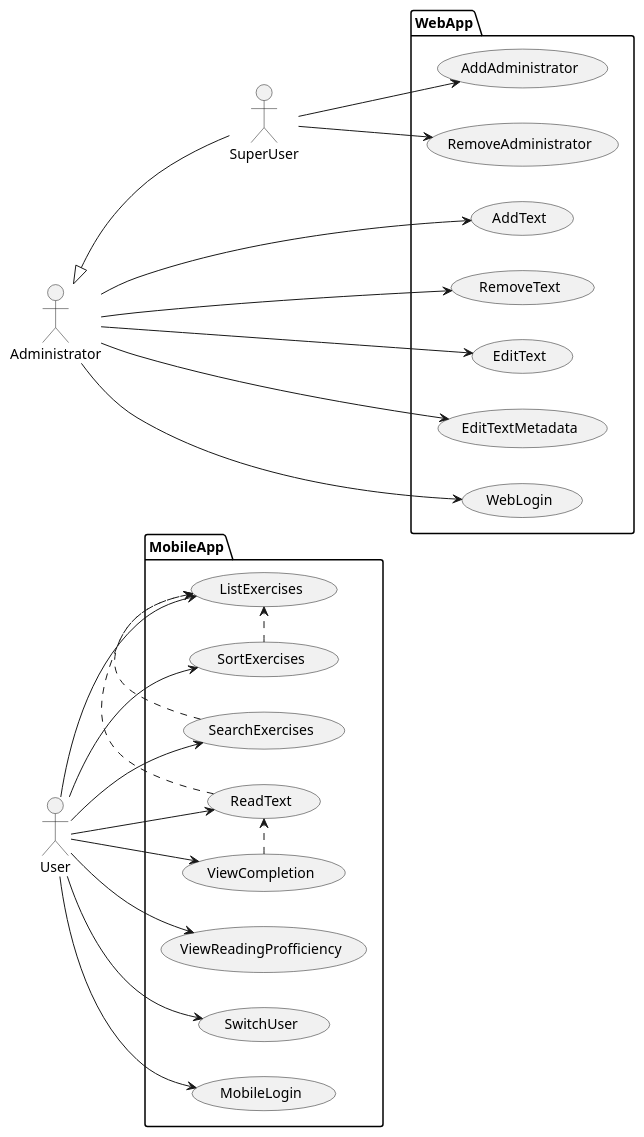
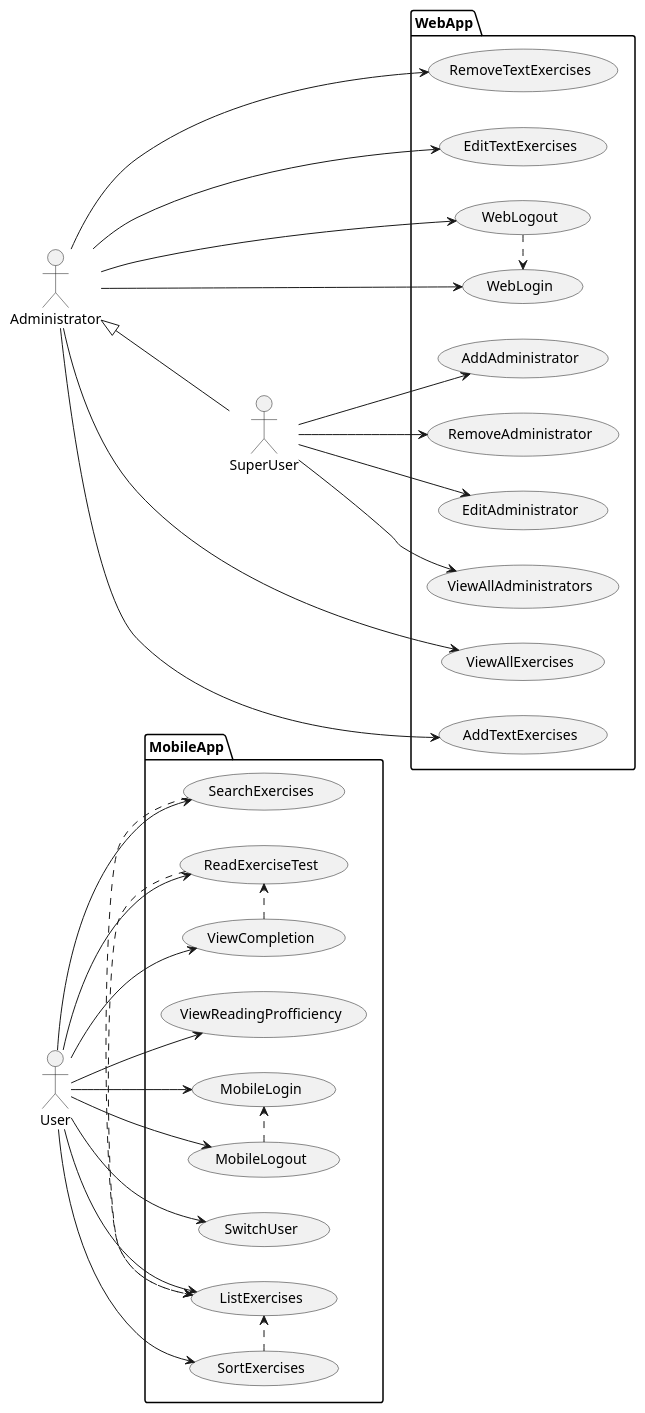
Before and after one commit to vvihorev/readingApp-junk: the diagram in usecases.plantuml, drawn with PlantUML. The commit also changed other lines of this file and 2 other files, not shown here.

```diff
--- a/usecases.plantuml
+++ b/usecases.plantuml
@@ -1,33 +1,40 @@
 left to right direction
 
 SuperUser as sudo
 Administrator as admin
 User as user
 
 package MobileApp {
     user -> (ListExercises)
     user -> (SortExercises)
     user -> (SearchExercises)
     (SearchExercises) .> (ListExercises)
     (SortExercises) .> (ListExercises)
-    (ReadText) .> (ListExercises)
+    (ReadExerciseTest) .> (ListExercises)
 
-    user -> (ReadText)
+    user -> (ReadExerciseTest)
     user -> (ViewCompletion)
     user -> (ViewReadingProfficiency)
-    (ViewCompletion) .> (ReadText)
+    (ViewCompletion) .> (ReadExerciseTest)
+    (MobileLogout) .> (MobileLogin)
 
     user --> (SwitchUser)
     user --> (MobileLogin)
+    user --> (MobileLogout)
 }
 
 package WebApp {
     admin <|-- sudo
     sudo --> (AddAdministrator)
     sudo --> (RemoveAdministrator)
-    admin --> (AddText)
-    admin --> (RemoveText)
-    admin --> (EditText)
-    admin --> (EditTextMetadata)
+    sudo --> (EditAdministrator)
+    sudo --> (ViewAllAdministrators)
+    admin --> (ViewAllExercises)
+    admin --> (AddTextExercises)
+    admin --> (RemoveTextExercises)
+    admin --> (EditTextExercises)
+
+    (WebLogout) .> (WebLogin)
     admin --> (WebLogin)
+    admin --> (WebLogout)
 }
```
